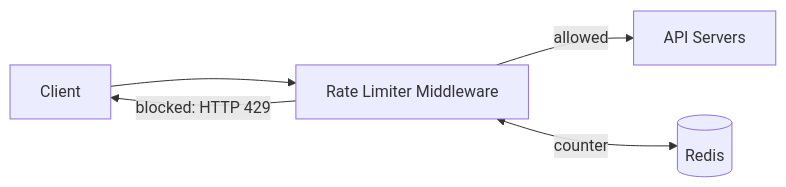
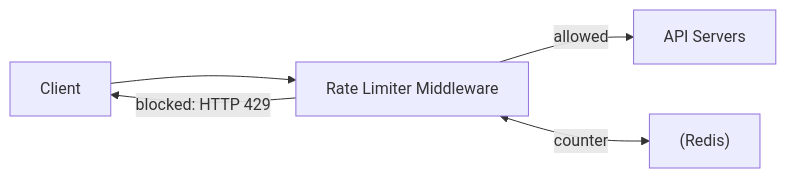
One commit to pankajThakur1874/studysheet changed the first of 3 diagrams in files/Book-System-Design-Vol-1/04-design-a-rate-limiter.md. Above: the diagram before and after it, drawn with Mermaid. The commit also changed other lines of this file and 102 other files, not shown here.

Commit message:
Auto-fix Mermaid diagram syntax across all study guides to prevent Syntax Error in Mermaid v10

````diff
--- a/files/Book-System-Design-Vol-1/04-design-a-rate-limiter.md
+++ b/files/Book-System-Design-Vol-1/04-design-a-rate-limiter.md
@@ -42,7 +42,7 @@
 ```mermaid
 flowchart LR
     C[Client] --> RL[Rate Limiter Middleware]
     RL -->|allowed| API[API Servers]
     RL -->|blocked: HTTP 429| C
-    RL <-->|counter| R[(Redis)]
+    RL <-->|counter| R["(Redis)"]
 ```
````
